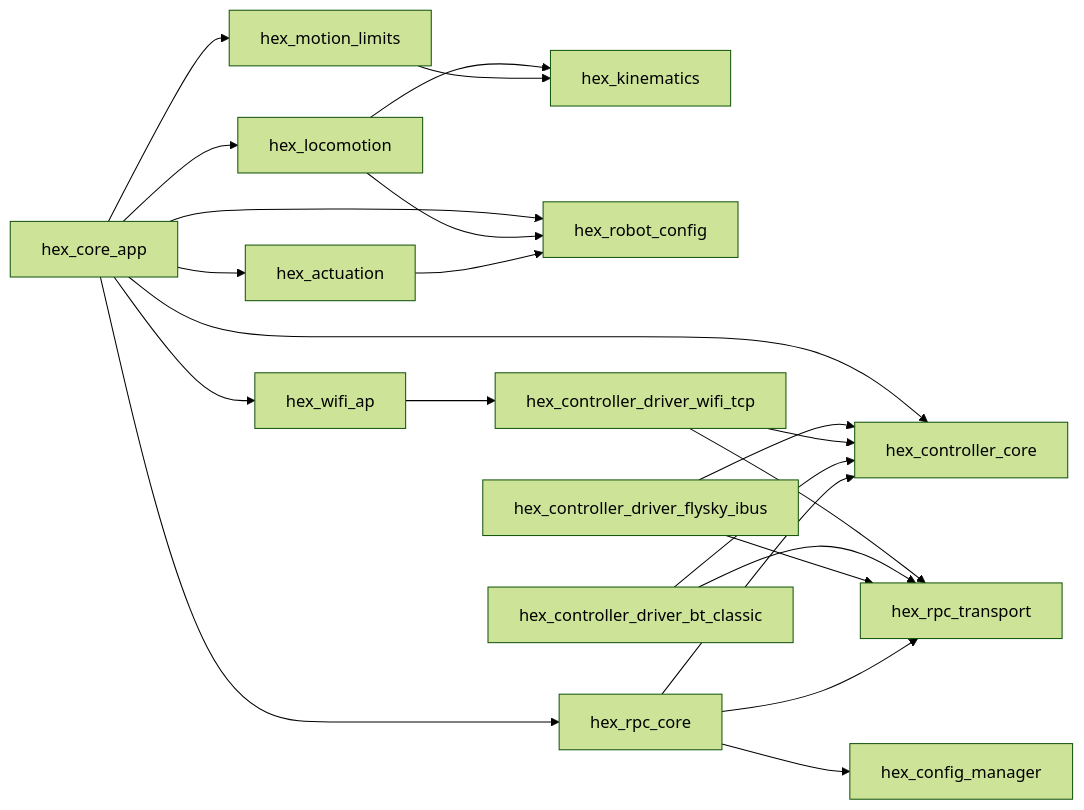
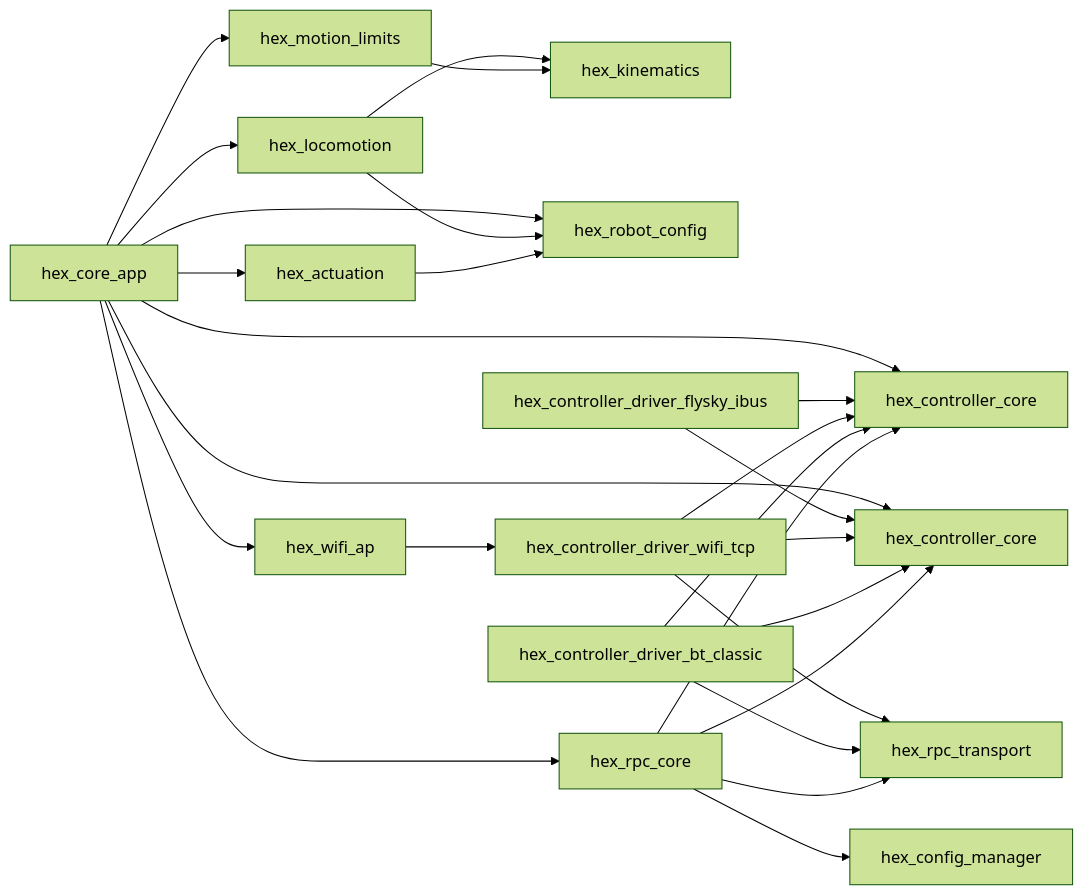
Before and after one commit to quick-brown-bot/hexapod: the fourth of 4 diagrams in COMPONENT_ARCHITECTURE_BASELINE.md, drawn with Mermaid (forest theme). The commit also changed other lines of this file and 17 other files, not shown here.

Commit message:
merge controller iface with core

````diff
--- a/COMPONENT_ARCHITECTURE_BASELINE.md
+++ b/COMPONENT_ARCHITECTURE_BASELINE.md
@@ -321,45 +337,50 @@
 ```mermaid
 flowchart LR
 		Core[hex_core_app]
 
 		Loc[hex_locomotion]
 		Kin[hex_kinematics]
 		Lim[hex_motion_limits]
 		Act[hex_actuation]
 		RCfg[hex_robot_config]
 
 		CCore[hex_controller_core]
+		CIface[hex_controller_core]
 		CFly[hex_controller_driver_flysky_ibus]
 		CWifi[hex_controller_driver_wifi_tcp]
 		CBt[hex_controller_driver_bt_classic]
 		WAP[hex_wifi_ap]
 
 		RpcCore[hex_rpc_core]
 		RpcTx[hex_rpc_transport]
 		Cfg[hex_config_manager]
 
 		Core --> Loc
 		Core --> Lim
 		Core --> Act
 		Core --> CCore
+		Core --> CIface
 		Core --> RpcCore
 		Core --> WAP
 		Core --> RCfg
 
 		Loc --> Kin
 		Loc --> RCfg
 		Lim --> Kin
 		Act --> RCfg
 
 		CFly --> CCore
+		CFly --> CIface
 		CWifi --> CCore
+		CWifi --> CIface
 		CBt --> CCore
+		CBt --> CIface
 		CWifi --> RpcTx
 		CBt --> RpcTx
-		CFly --> RpcTx
 		WAP --> CWifi
 
 		RpcCore --> RpcTx
 		RpcCore --> Cfg
 		RpcCore --> CCore
+		RpcCore --> CIface
 ```
````
